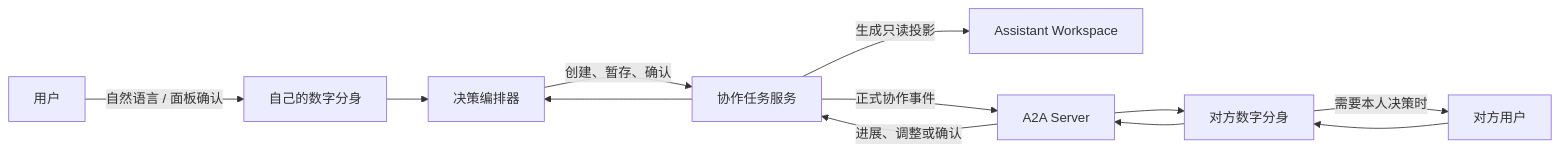
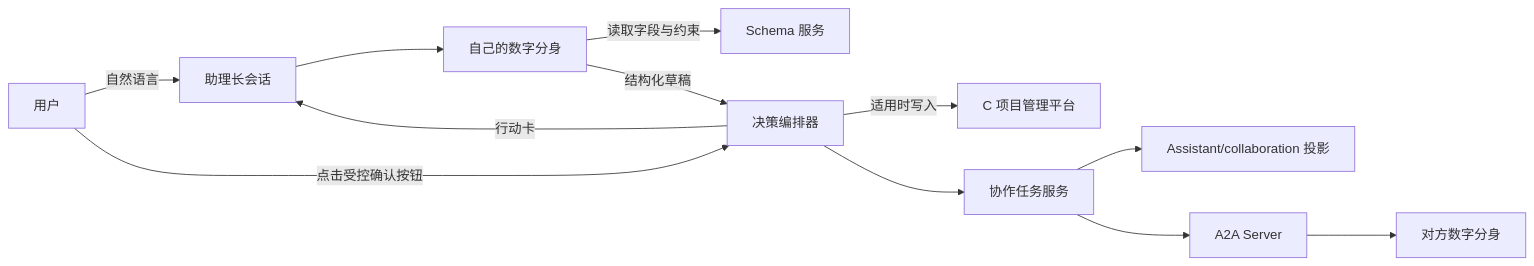
Before and after one commit to ueishinbo/SFZN-AI: the first of 6 diagrams in docs/PRD-A2A用户决策与确认机制.md, drawn with Mermaid. The commit also changed other lines of this file and 22 other files, not shown here.

````diff
--- a/docs/PRD-A2A用户决策与确认机制.md
+++ b/docs/PRD-A2A用户决策与确认机制.md
@@ -98,24 +121,25 @@
 ```mermaid
 flowchart LR
     User["用户"]
-    Assistant["自己的数字分身"]
+    Chat["助理长会话"]
+    Agent["自己的数字分身"]
+    Schema["Schema 服务"]
     Orchestrator["决策编排器"]
+    CPlatform["C 项目管理平台"]
     TaskService["协作任务服务"]
-    Workspace["Assistant Workspace"]
+    Workspace["Assistant/collaboration 投影"]
     A2A["A2A Server"]
     OtherAgent["对方数字分身"]
-    OtherUser["对方用户"]
 
-    User -->|"自然语言 / 面板确认"| Assistant
-    Assistant --> Orchestrator
-    Orchestrator -->|"创建、暂存、确认"| TaskService
-    TaskService -->|"生成只读投影"| Workspace
-    TaskService -->|"正式协作事件"| A2A
+    User -->|"自然语言"| Chat
+    Chat --> Agent
+    Agent -->|"读取字段与约束"| Schema
+    Agent -->|"结构化草稿"| Orchestrator
+    Orchestrator -->|"行动卡"| Chat
+    User -->|"点击受控确认按钮"| Orchestrator
+    Orchestrator -->|"适用时写入"| CPlatform
+    Orchestrator --> TaskService
+    TaskService --> Workspace
+    TaskService --> A2A
     A2A --> OtherAgent
-    OtherAgent -->|"需要本人决策时"| OtherUser
-
-    OtherUser --> OtherAgent
-    OtherAgent --> A2A
-    A2A -->|"进展、调整或确认"| TaskService
-    TaskService --> Orchestrator
 ```
````
